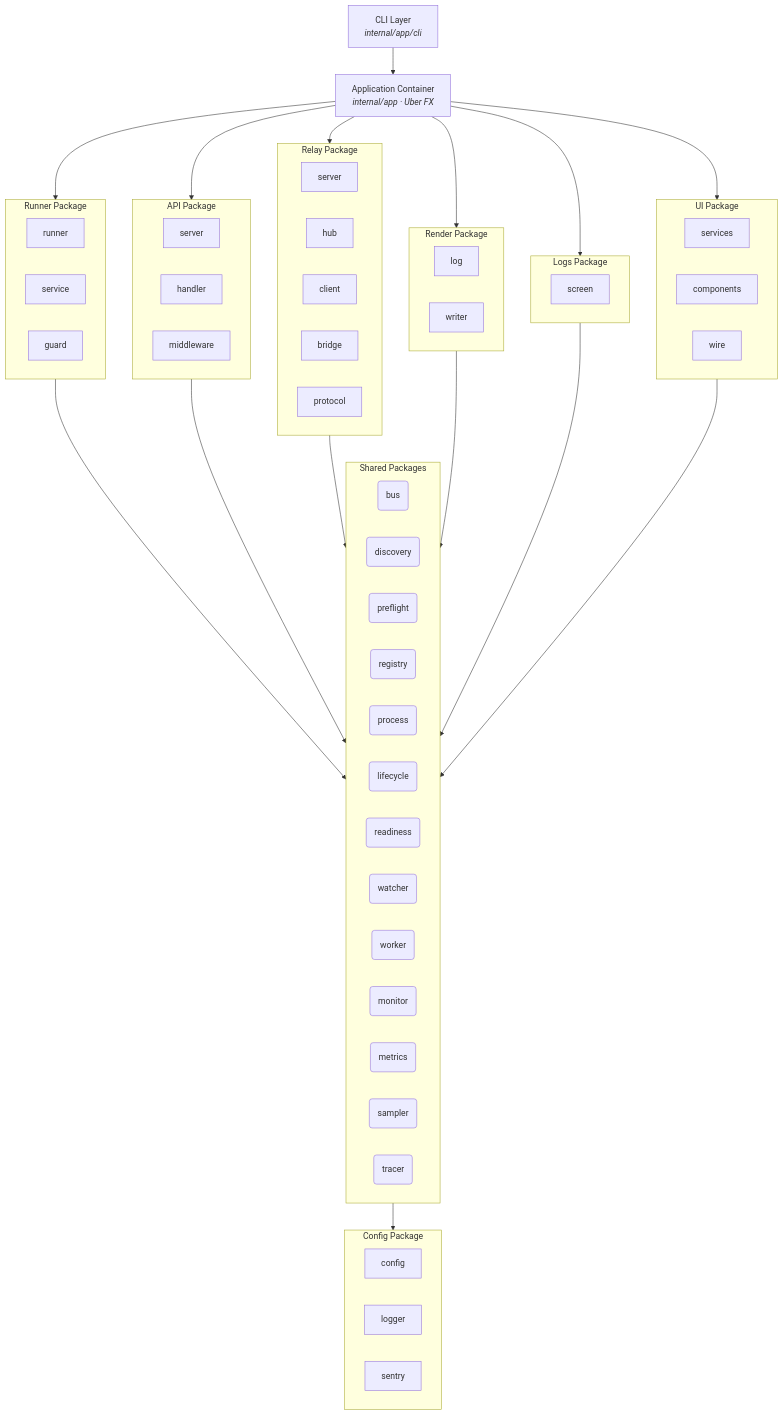
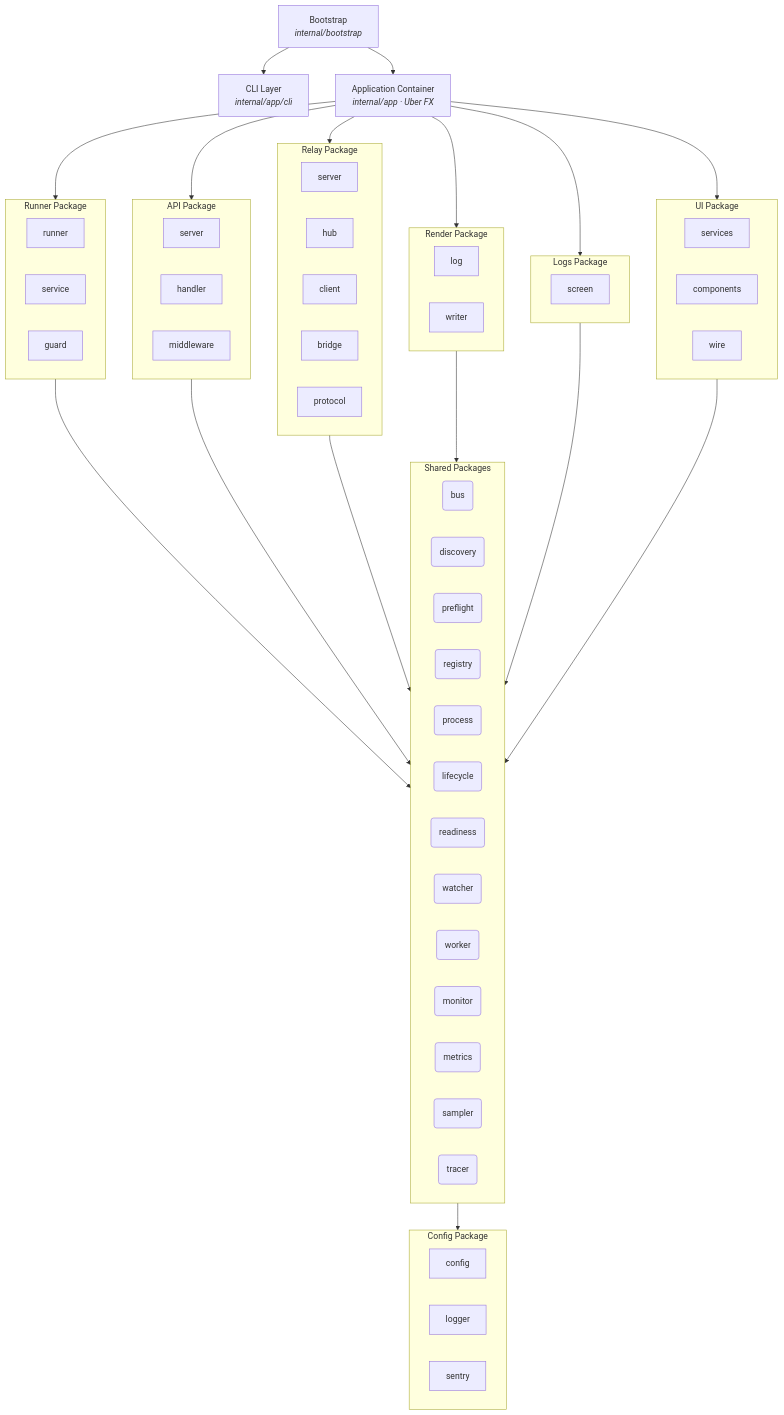
The first of 8 diagrams in ARCHITECTURE.md (tab/fuku), drawn with Mermaid before and after one commit. The commit also changed other lines of this file and 15 other files, not shown here.

````diff
--- a/ARCHITECTURE.md
+++ b/ARCHITECTURE.md
@@ -13,66 +13,68 @@
 ```mermaid
 graph TD
+    BOOT["Bootstrap<br><i>internal/bootstrap</i>"]
     CLI["CLI Layer<br><i>internal/app/cli</i>"]
     APP["Application Container<br><i>internal/app · Uber FX</i>"]
 
-    CLI --> APP
+    BOOT --> CLI
+    BOOT --> APP
 
     APP --> Runner
     APP --> API
     APP --> Relay
     APP --> Render
     APP --> Logs
     APP --> UI
 
     subgraph Runner["Runner Package"]
         direction LR
         runner & service & guard
     end
 
     subgraph API["API Package"]
         direction LR
         apiserver["server"] & handler & middleware
     end
 
     subgraph Relay["Relay Package"]
         direction LR
         server & hub & client & bridge & protocol
     end
 
     subgraph Render["Render Package"]
         direction LR
         log & writer
     end
 
     subgraph Logs["Logs Package"]
         direction LR
         screen
     end
 
     subgraph UI["UI Package"]
         direction LR
         services & components & wire
     end
 
     Runner --> Shared
     API --> Shared
     Relay --> Shared
     Render --> Shared
     Logs --> Shared
     UI --> Shared
 
     subgraph Shared["Shared Packages"]
         direction LR
         bus("bus") & discovery("discovery") & preflight("preflight") & registry("registry")
         process("process") & lifecycle("lifecycle") & readiness("readiness") & watcher("watcher")
         worker("worker") & monitor("monitor") & metrics("metrics") & sampler("sampler")
         tracer("tracer")
     end
 
     Shared --> Config
 
     subgraph Config["Config Package"]
         direction LR
         config & logger & sentry
     end
 ```
````
